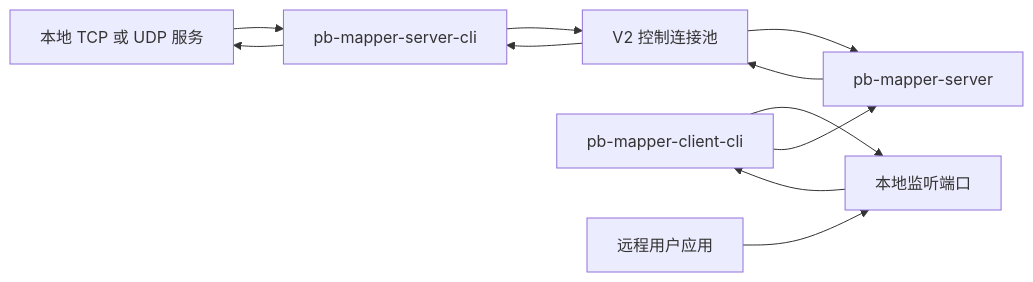
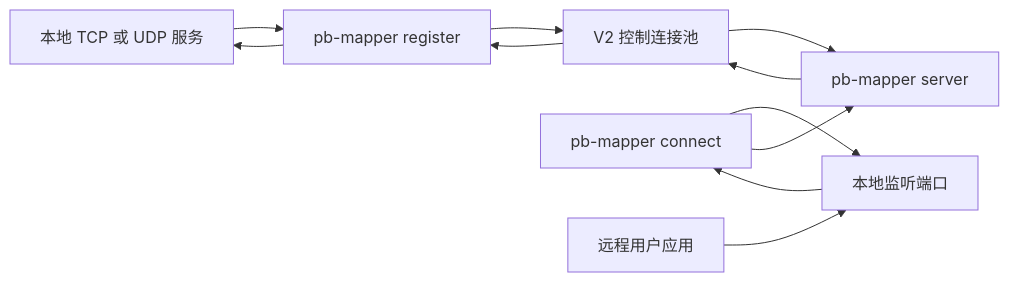
The first of 2 diagrams in docs/user-guide.zh-CN.md (acking-you/pb-mapper), drawn with Mermaid before and after one commit. The commit also changed other lines of this file and 52 other files, not shown here.

Commit message:
Unify pb-mapper CLI and release tooling

````diff
--- a/docs/user-guide.zh-CN.md
+++ b/docs/user-guide.zh-CN.md
@@ -11,13 +11,13 @@
 ```mermaid
 flowchart LR
-    A["本地 TCP 或 UDP 服务"] --> B["pb-mapper-server-cli"]
+    A["本地 TCP 或 UDP 服务"] --> B["pb-mapper register"]
     B --> C["V2 控制连接池"]
-    C --> D["pb-mapper-server"]
-    E["pb-mapper-client-cli"] --> F["本地监听端口"]
+    C --> D["pb-mapper server"]
+    E["pb-mapper connect"] --> F["本地监听端口"]
     G["远程用户应用"] --> F
     F --> E
     E --> D
     D --> C
     C --> B
     B --> A
 ```
````
